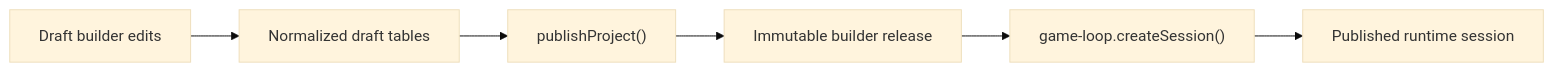
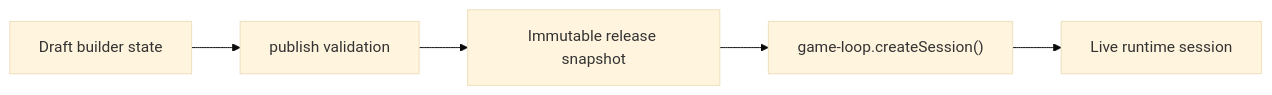
Before and after one commit to d4551/tea: the third of 4 diagrams in README.md, drawn with Mermaid (base theme). The commit also changed other lines of this file and 2 other files, not shown here.

````diff
--- a/README.md
+++ b/README.md
@@ -185,15 +115,13 @@
 ```mermaid
 flowchart LR
-  Draft["Draft builder edits"]
-  Tables["Normalized draft tables"]
-  Publish["publishProject()"]
-  Release["Immutable builder release"]
+  Draft["Draft builder state"]
+  Validate["publish validation"]
+  Release["Immutable release snapshot"]
   Session["game-loop.createSession()"]
-  Runtime["Published runtime session"]
+  Runtime["Live runtime session"]
 
-  Draft --> Tables
-  Tables --> Publish
-  Publish --> Release
+  Draft --> Validate
+  Validate --> Release
   Release --> Session
   Session --> Runtime
 ```
````
